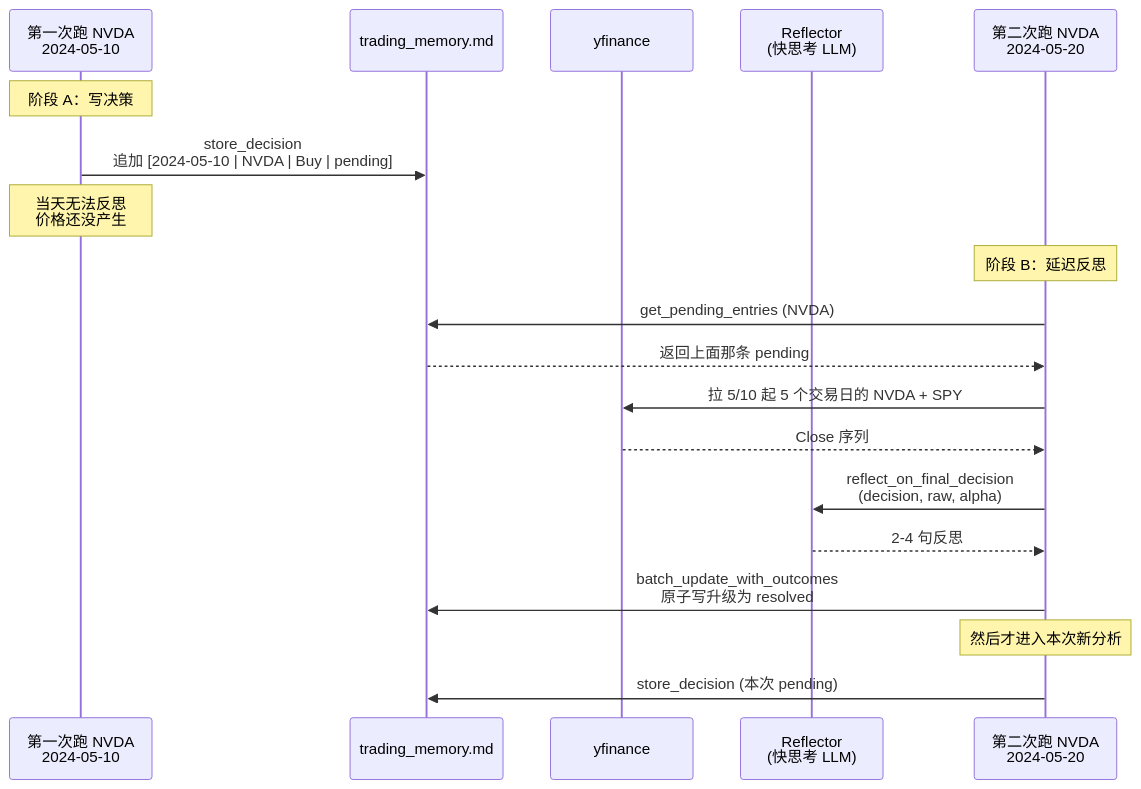
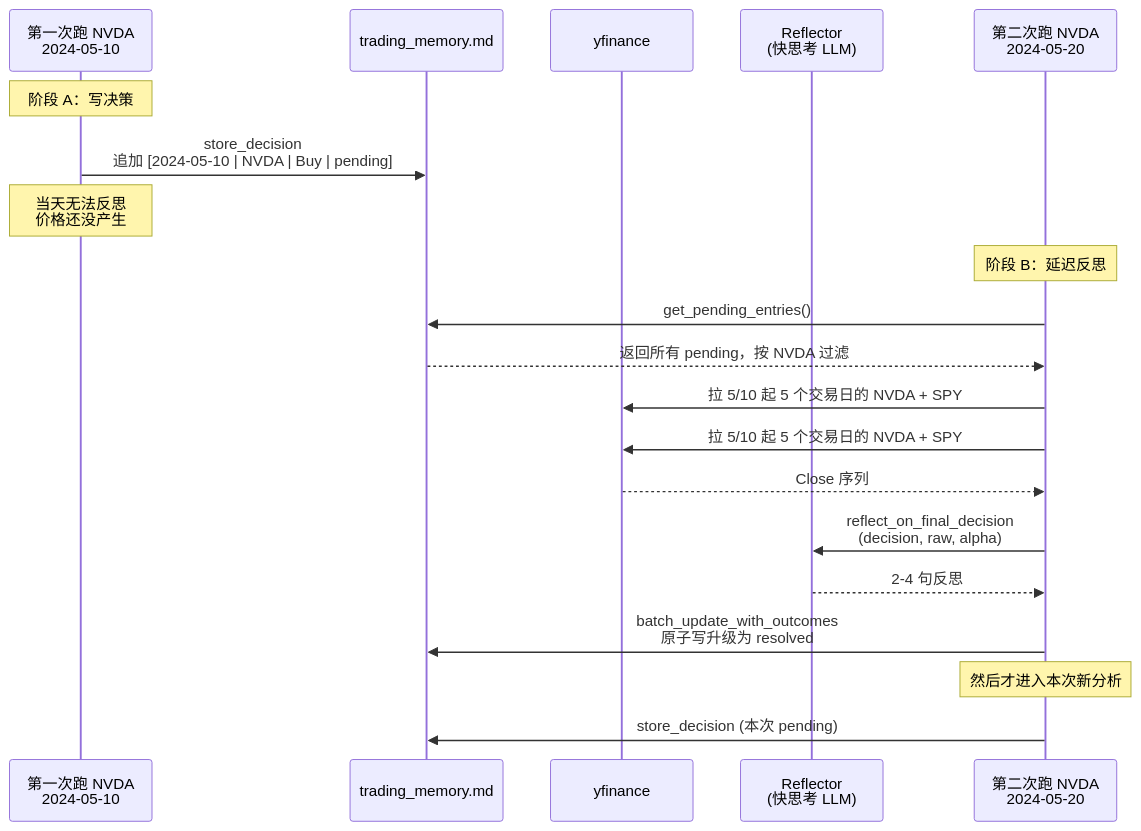
The first of 2 diagrams in docs/cn/06-internals/memory-system.md (A1pha3/TradingAgents), drawn with Mermaid before and after one commit. The commit also changed 18 other files, not shown here.

````diff
--- a/docs/cn/06-internals/memory-system.md
+++ b/docs/cn/06-internals/memory-system.md
@@ -23,23 +23,24 @@
 ```mermaid
 sequenceDiagram
     participant Run1 as 第一次跑 NVDA<br/>2024-05-10
     participant Log as trading_memory.md
     participant YF as yfinance
     participant Refl as Reflector<br/>(快思考 LLM)
     participant Run2 as 第二次跑 NVDA<br/>2024-05-20
 
     Note over Run1: 阶段 A：写决策
     Run1->>Log: store_decision<br/>追加 [2024-05-10 | NVDA | Buy | pending]
     Note over Run1: 当天无法反思<br/>价格还没产生
 
     Note over Run2: 阶段 B：延迟反思
-    Run2->>Log: get_pending_entries (NVDA)
-    Log-->>Run2: 返回上面那条 pending
+    Run2->>Log: get_pending_entries()
+    Log-->>Run2: 返回所有 pending，按 NVDA 过滤
+    Run2->>YF: 拉 5/10 起 5 个交易日的 NVDA + SPY
     Run2->>YF: 拉 5/10 起 5 个交易日的 NVDA + SPY
     YF-->>Run2: Close 序列
     Run2->>Refl: reflect_on_final_decision<br/>(decision, raw, alpha)
     Refl-->>Run2: 2-4 句反思
     Run2->>Log: batch_update_with_outcomes<br/>原子写升级为 resolved
     Note over Run2: 然后才进入本次新分析
     Run2->>Log: store_decision (本次 pending)
 ```
````
